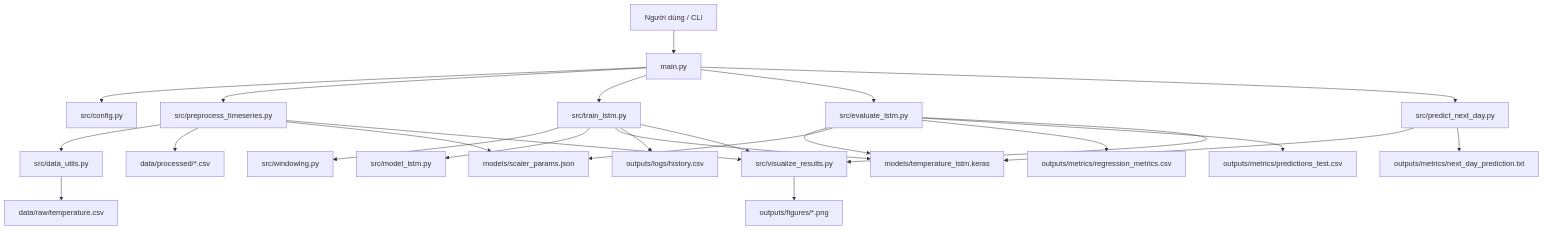
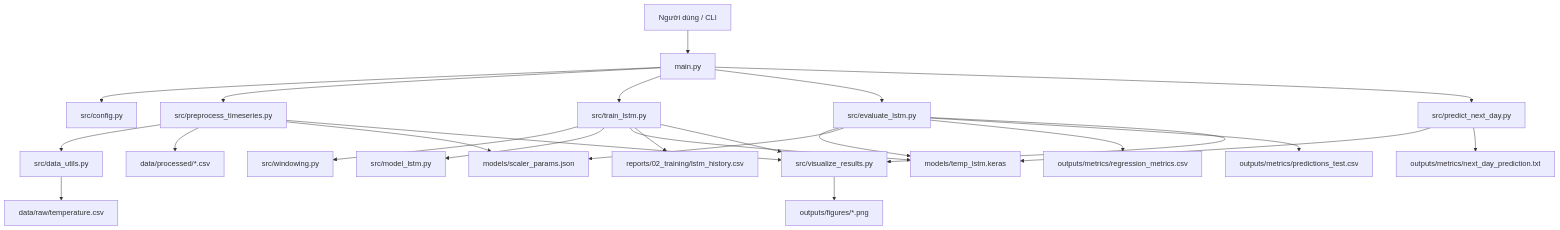
Before and after one commit to Mei-iwi/DL_Temperature_forecast: the first of 4 diagrams in docs/architecture_source_for_chatgpt.md, drawn with Mermaid. The commit also changed other lines of this file and 10 other files, not shown here.

````diff
--- a/docs/architecture_source_for_chatgpt.md
+++ b/docs/architecture_source_for_chatgpt.md
@@ -513,27 +513,27 @@
 ```mermaid
 flowchart TD
     U[Người dùng / CLI] --> MAIN[main.py]
     MAIN --> CFG[src/config.py]
     MAIN --> PRE[src/preprocess_timeseries.py]
     PRE --> DU[src/data_utils.py]
     DU --> RAW[data/raw/temperature.csv]
     PRE --> PROC[data/processed/*.csv]
     PRE --> SCALER[models/scaler_params.json]
     MAIN --> TR[src/train_lstm.py]
     TR --> WIN[src/windowing.py]
     TR --> MOD[src/model_lstm.py]
-    TR --> MODEL[models/temperature_lstm.keras]
-    TR --> HIST[outputs/logs/history.csv]
+    TR --> MODEL[models/temp_lstm.keras]
+    TR --> HIST[reports/02_training/lstm_history.csv]
     MAIN --> EV[src/evaluate_lstm.py]
     EV --> MODEL
     EV --> SCALER
     EV --> MET[outputs/metrics/regression_metrics.csv]
     EV --> PRED[outputs/metrics/predictions_test.csv]
     MAIN --> NX[src/predict_next_day.py]
     NX --> MODEL
     NX --> NEXT[outputs/metrics/next_day_prediction.txt]
     PRE --> VIZ[src/visualize_results.py]
     TR --> VIZ
     EV --> VIZ
     VIZ --> FIG[outputs/figures/*.png]
 ```
````
